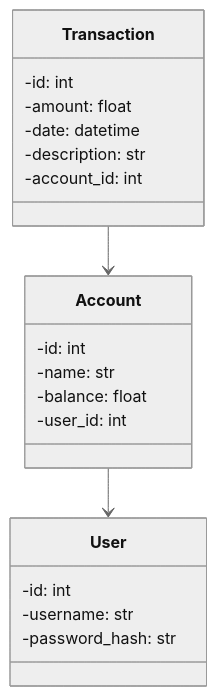
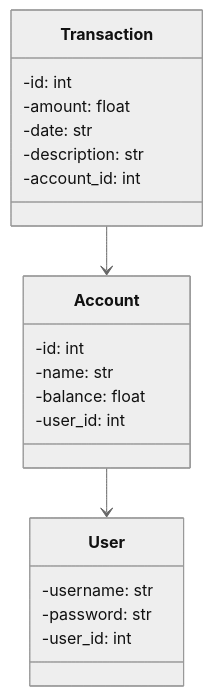
Before and after one commit to matiashei/ot-harjoitustyo: the second of 2 diagrams in dokumentaatio/arkkitehtuuri.md, drawn with Mermaid (neutral theme). The commit also changed other lines of this file, not shown here.

First line of the commit message:
Revise architecture documentation and add details

````diff
--- a/dokumentaatio/arkkitehtuuri.md
+++ b/dokumentaatio/arkkitehtuuri.md
@@ -17,25 +28,26 @@
 ```mermaid
 classDiagram
+    Account --> User
     Transaction --> Account
-    Account --> User 
+
     class User {
-        -id: int
         -username: str
-        -password_hash: str
+        -password: str
+        -user_id: int
     }
 
     class Account {
         -id: int
         -name: str
         -balance: float
         -user_id: int
     }
 
     class Transaction {
         -id: int
         -amount: float
-        -date: datetime
+        -date: str
         -description: str
         -account_id: int
     }
 ```
````
